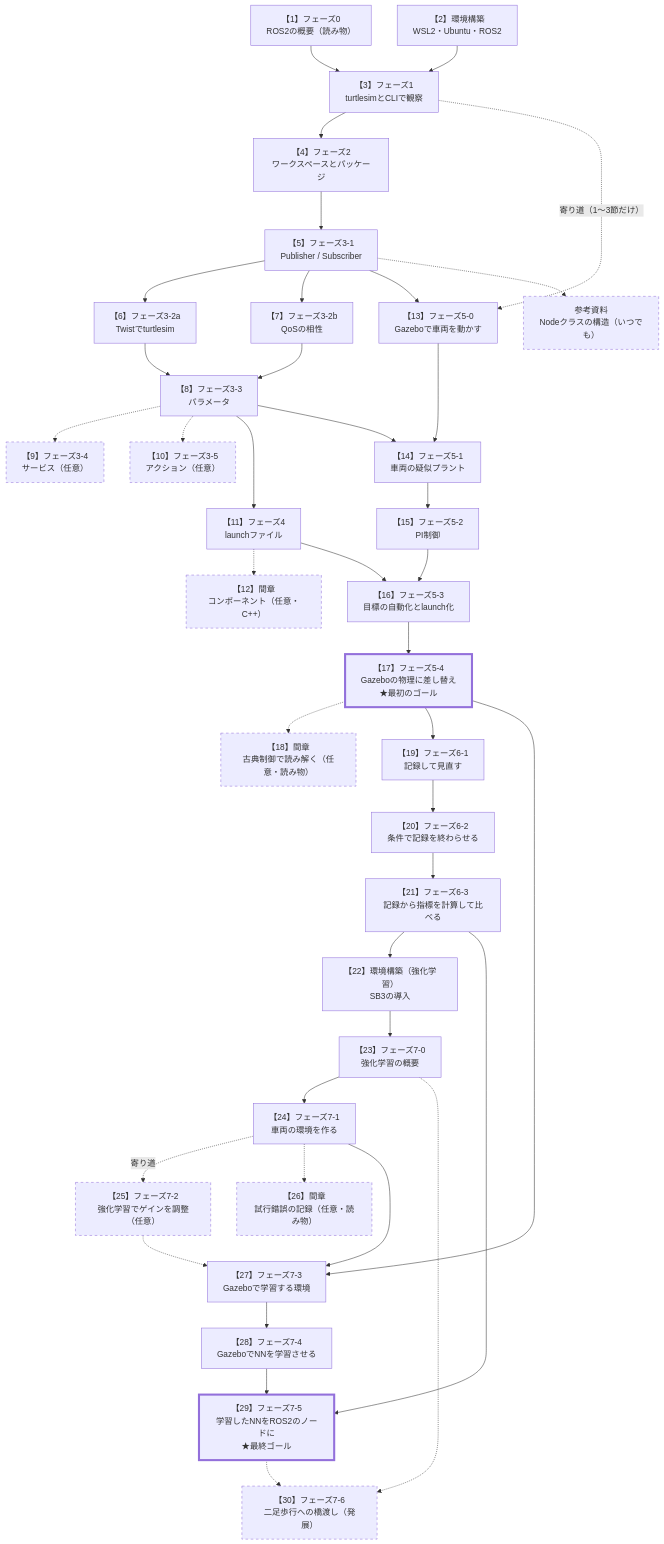
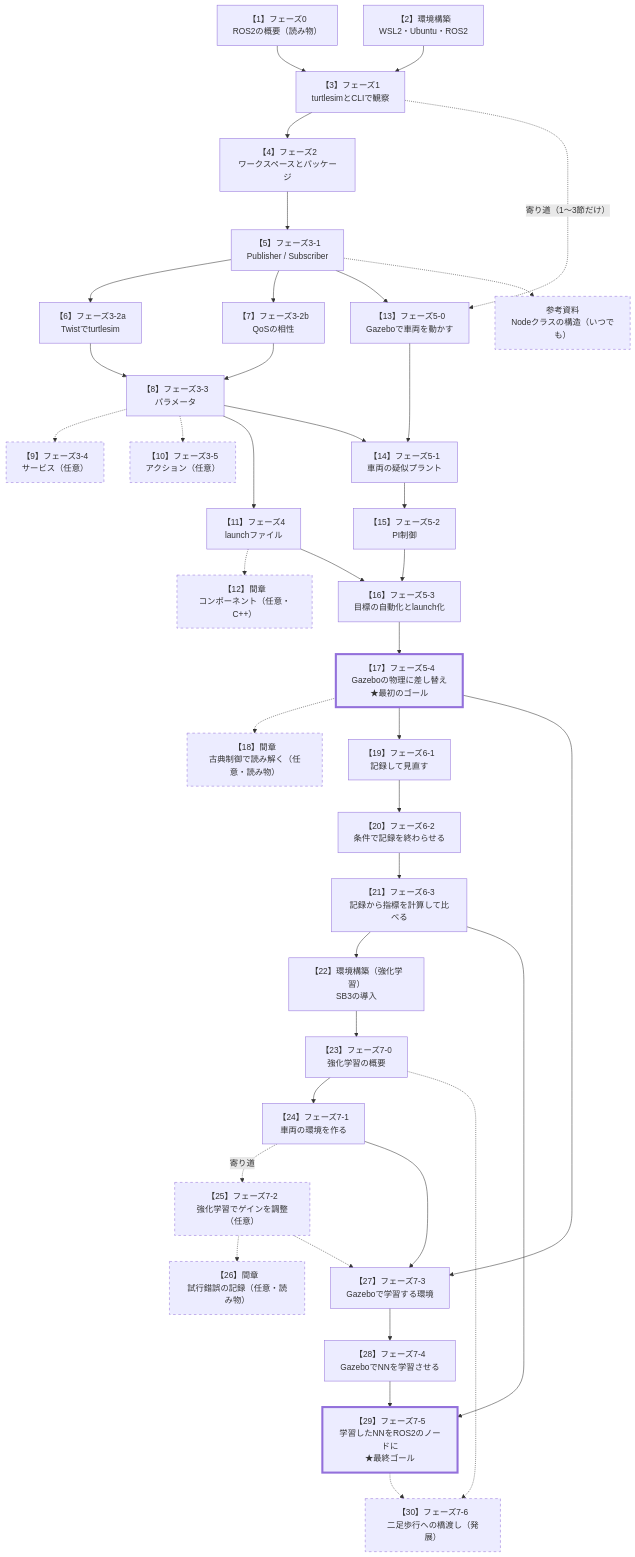
Before and after one commit to SanghunIm1991/ros2MinimalPhysicalAi: the second of 2 diagrams in README.md, drawn with Mermaid. The commit also changed other lines of this file and 14 other files, not shown here.

````diff
--- a/README.md
+++ b/README.md
@@ -128,46 +128,46 @@
 ```mermaid
 flowchart TB
     P0["【1】フェーズ0<br/>ROS2の概要（読み物）"] --> P1
     SETUP["【2】環境構築<br/>WSL2・Ubuntu・ROS2"] --> P1
     P1["【3】フェーズ1<br/>turtlesimとCLIで観察"] --> P2["【4】フェーズ2<br/>ワークスペースとパッケージ"]
     P2 --> P31["【5】フェーズ3-1<br/>Publisher / Subscriber"]
     P31 --> P32a["【6】フェーズ3-2a<br/>Twistでturtlesim"]
     P31 --> P32b["【7】フェーズ3-2b<br/>QoSの相性"]
     P32a --> P33["【8】フェーズ3-3<br/>パラメータ"]
     P32b --> P33
     P33 -.-> P34["【9】フェーズ3-4<br/>サービス（任意）"]
     P33 -.-> P35["【10】フェーズ3-5<br/>アクション（任意）"]
     P33 --> P4["【11】フェーズ4<br/>launchファイル"]
     P4 -.-> INT["【12】間章<br/>コンポーネント（任意・C++）"]
     P31 --> P50["【13】フェーズ5-0<br/>Gazeboで車両を動かす"]
     P1 -.->|"寄り道（1〜3節だけ）"| P50
     P33 --> P51["【14】フェーズ5-1<br/>車両の疑似プラント"]
     P50 --> P51
     P51 --> P52["【15】フェーズ5-2<br/>PI制御"]
     P4 --> P53["【16】フェーズ5-3<br/>目標の自動化とlaunch化"]
     P52 --> P53
     P53 --> P54["【17】フェーズ5-4<br/>Gazeboの物理に差し替え<br/>★最初のゴール"]
     P54 -.-> INT3["【18】間章<br/>古典制御で読み解く（任意・読み物）"]
     P54 --> P61["【19】フェーズ6-1<br/>記録して見直す"]
     P61 --> P62["【20】フェーズ6-2<br/>条件で記録を終わらせる"]
     P62 --> P63["【21】フェーズ6-3<br/>記録から指標を計算して比べる"]
     P63 --> SETRL["【22】環境構築（強化学習）<br/>SB3の導入"]
     SETRL --> P70["【23】フェーズ7-0<br/>強化学習の概要"]
     P70 --> P71["【24】フェーズ7-1<br/>車両の環境を作る"]
     P71 -.->|"寄り道"| P72["【25】フェーズ7-2<br/>強化学習でゲインを調整（任意）"]
-    P71 -.-> INT2["【26】間章<br/>試行錯誤の記録（任意・読み物）"]
+    P72 -.-> INT2["【26】間章<br/>試行錯誤の記録（任意・読み物）"]
     P54 --> P73
     P71 --> P73["【27】フェーズ7-3<br/>Gazeboで学習する環境"]
     P72 -.-> P73
     P73 --> P74["【28】フェーズ7-4<br/>GazeboでNNを学習させる"]
     P63 --> P75
     P74 --> P75["【29】フェーズ7-5<br/>学習したNNをROS2のノードに<br/>★最終ゴール"]
     P70 -.-> P76
     P75 -.-> P76["【30】フェーズ7-6<br/>二足歩行への橋渡し（発展）"]
     P31 -.-> REF["参考資料<br/>Nodeクラスの構造（いつでも）"]
 
     classDef optional stroke-dasharray: 5 5
     classDef goal stroke-width: 4px
     class P34,P35,INT,INT3,REF,P72,INT2,P76 optional
     class P54,P75 goal
 ```
````
